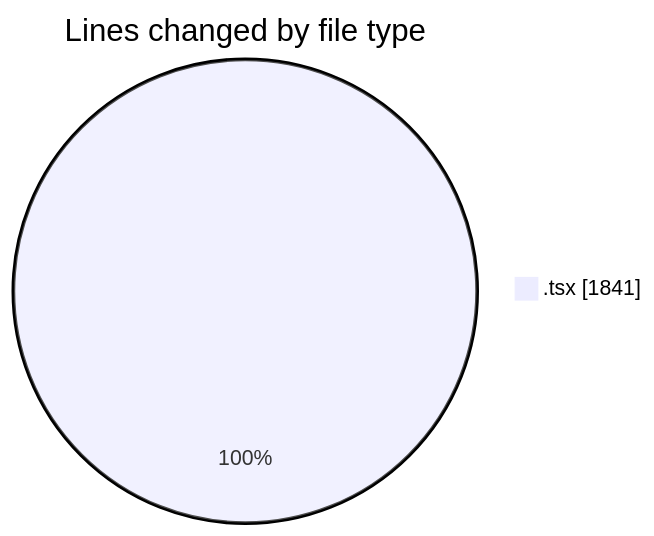
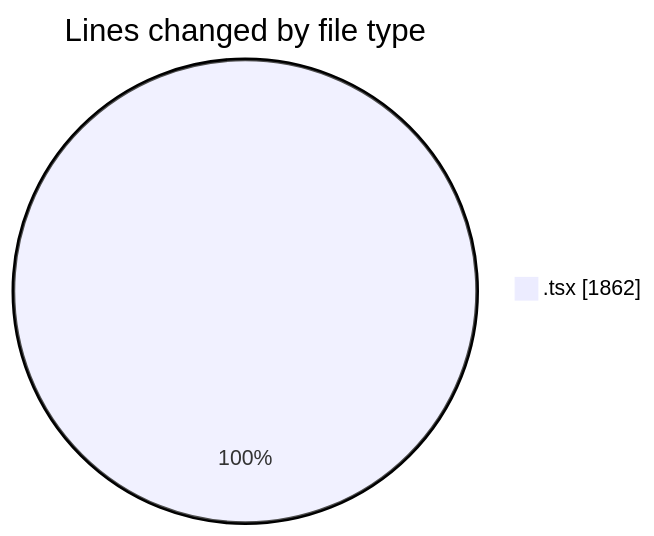
Before and after one commit to nxtqubesakshisongat/code-tracking: the first of 2 diagrams in 2026-06-10/nxtqube_webapp/README.md, drawn with Mermaid. The commit also changed other lines of this file and 1 other file, not shown here.

````diff
--- a/2026-06-10/nxtqube_webapp/README.md
+++ b/2026-06-10/nxtqube_webapp/README.md
@@ -21,5 +21,5 @@
 ```mermaid
 pie showData
 title Lines changed by file type
-".tsx" : 1841
+".tsx" : 1862
 ```
````
